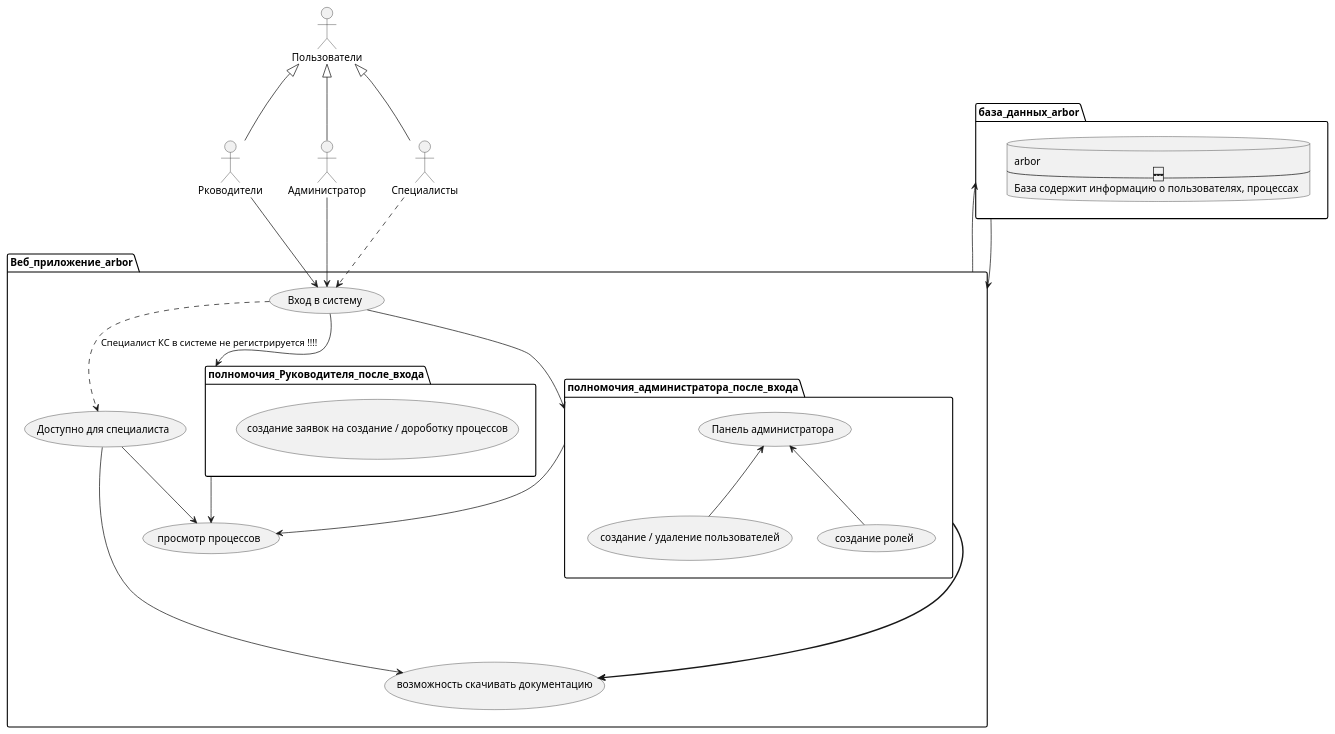
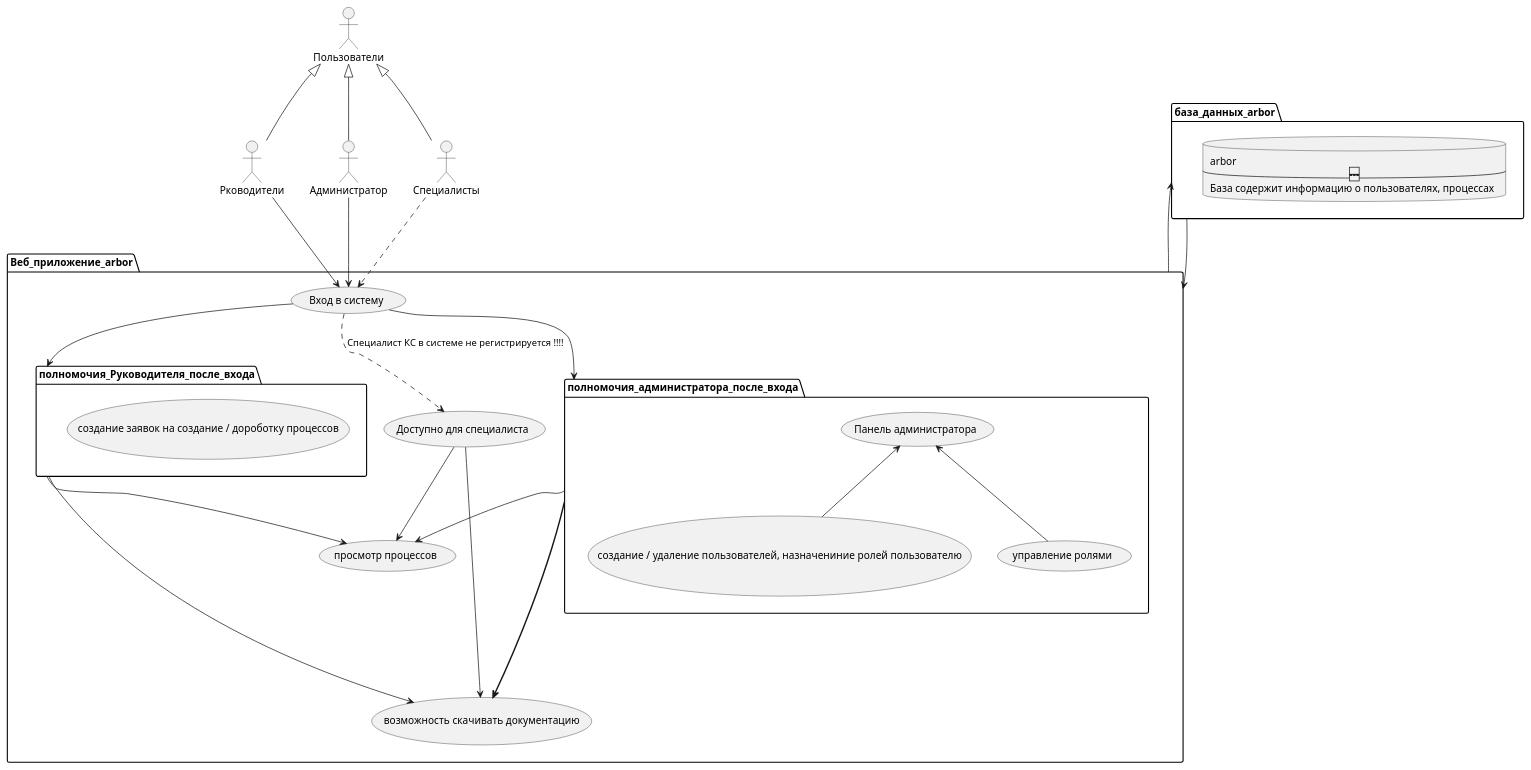
Before and after one commit to potterv/arbor: the diagram in arbor.puml, drawn with PlantUML.

Commit message:
edit uml shema 06.09.2018

```diff
--- a/arbor.puml
+++ b/arbor.puml
@@ -1,55 +1,56 @@
 @startuml
 
 :Администратор:as A
 :Специалисты:as SKS
 :Рководители: as RKS
 
 
 A -up-|> Пользователи
 SKS -up-|> Пользователи
 RKS-up-|> Пользователи
 
 
 package Веб_приложение_arbor{
 :Вход в систему:as (login)
 
 
 A --> login
 RKS --> login
 SKS ..> login
 
 
 
 login ..> (Доступно для специалиста): Специалист КС в системе не регистрируется !!!!
 (Доступно для специалиста)-->(просмотр процессов)
 (Доступно для специалиста)-->(возможность скачивать документацию)
 
 
 package полномочия_Руководителя_после_входа{
 login--> полномочия_Руководителя_после_входа
 (создание заявок на создание / дороботку процессов)
 полномочия_Руководителя_после_входа-->(просмотр процессов)
+полномочия_Руководителя_после_входа-->(возможность скачивать документацию)
 }
 package полномочия_администратора_после_входа{
 login--> полномочия_администратора_после_входа
-(создание / удаление пользователей)-up->(Панель администратора)
-(создание ролей)-up->(Панель администратора)
+(создание / удаление пользователей, назначениние ролей пользователю)-up->(Панель администратора)
+(управление ролями)-up->(Панель администратора)
 полномочия_администратора_после_входа-->(просмотр процессов)
 полномочия_администратора_после_входа-==->(возможность скачивать документацию)
 
 }
 
 
 
 
 }
 package база_данных_arbor{
    database arbor as "arbor
   -------------------
   База содержит информацию о пользователях, процессах
   "
 }
 Веб_приложение_arbor-up->база_данных_arbor
 база_данных_arbor-down->Веб_приложение_arbor
 
 @enduml
```
